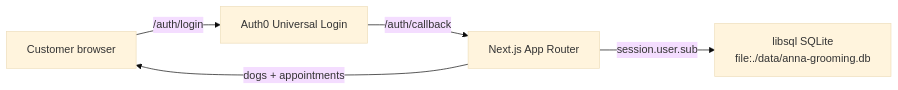
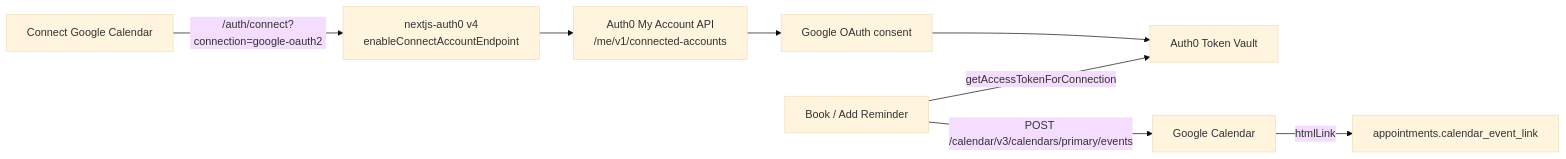
One commit to mtliendo/anna-dog-grooming-workshop changed the diagram in README.md. Above: the diagram before and after it, drawn with Mermaid (base theme). The commit also changed other lines of this file and 9 other files, not shown here.

First line of the commit message:
Phase 2: Google Calendar reminders via Auth0 Token Vault

````diff
--- a/README.md
+++ b/README.md
@@ -28,7 +33,10 @@
 ```mermaid
 flowchart LR
-  Browser["Customer browser"] -->|"/auth/login"| Auth0["Auth0 Universal Login"]
-  Auth0 -->|"/auth/callback"| Next["Next.js App Router"]
-  Next -->|"session.user.sub"| SQLite["libsql SQLite\nfile:./data/anna-grooming.db"]
-  Next -->|"dogs + appointments"| Browser
+  UI["Connect Google Calendar"] -->|"/auth/connect?connection=google-oauth2"| SDK["nextjs-auth0 v4\nenableConnectAccountEndpoint"]
+  SDK --> MyAccount["Auth0 My Account API\n/me/v1/connected-accounts"]
+  MyAccount --> Google["Google OAuth consent"]
+  Google --> Vault["Auth0 Token Vault"]
+  Book["Book / Add Reminder"] -->|"getAccessTokenForConnection"| Vault
+  Book -->|"POST /calendar/v3/calendars/primary/events"| Cal["Google Calendar"]
+  Cal -->|"htmlLink"| SQLite["appointments.calendar_event_link"]
 ```
````
